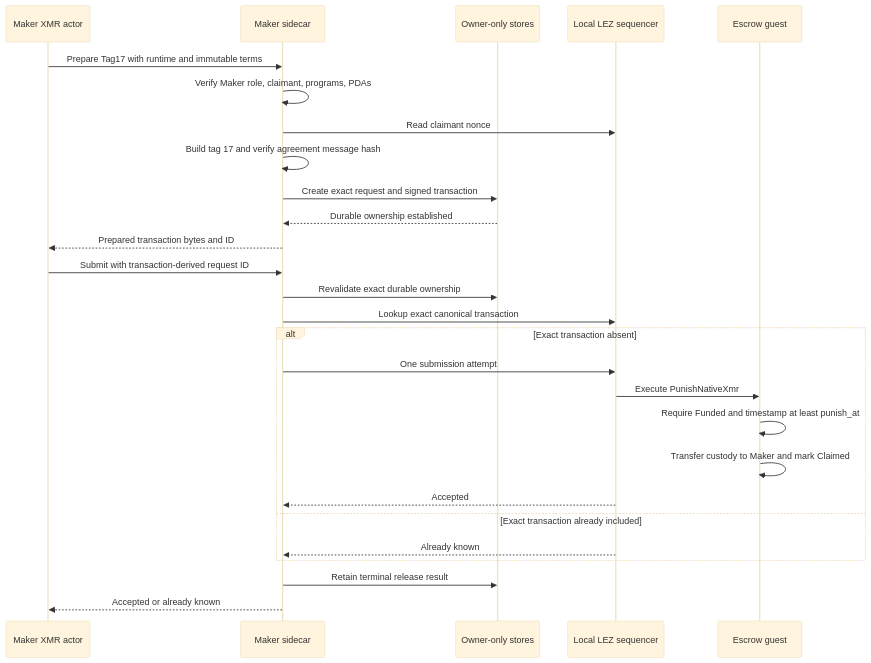
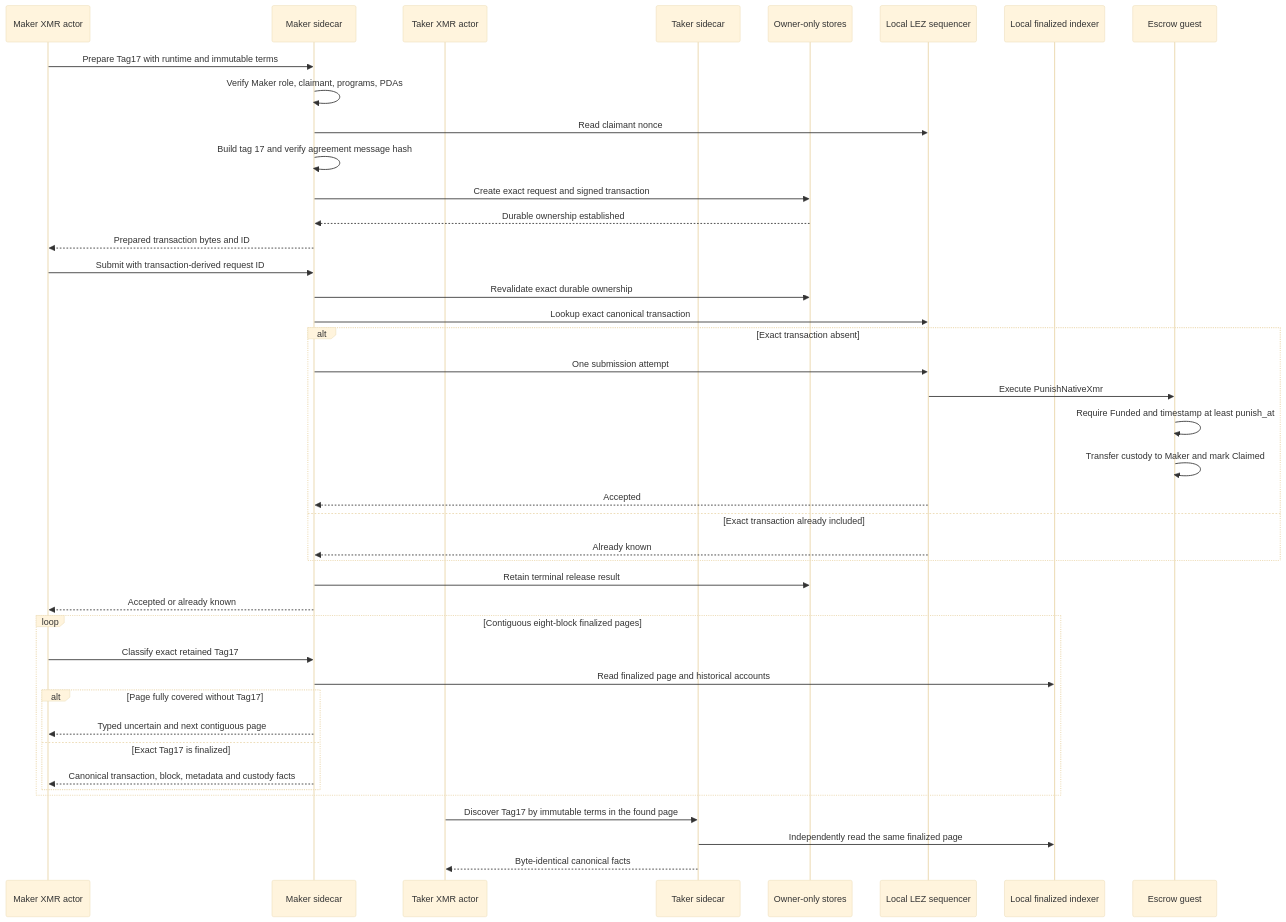
The second of 2 diagrams in docs/architecture/0158-prepare-and-release-tag17-once.md (gateway-fm/lez-atomic-swaps), drawn with Mermaid (base theme) before and after one commit. The commit also changed other lines of this file and 9 other files, not shown here.

Commit message:
fix(m7): classify finalized tag17 punishment

````diff
--- a/docs/architecture/0158-prepare-and-release-tag17-once.md
+++ b/docs/architecture/0158-prepare-and-release-tag17-once.md
@@ -57,29 +62,44 @@
 ```mermaid
 sequenceDiagram
     participant MakerActor as Maker XMR actor
     participant Sidecar as Maker sidecar
+    participant TakerActor as Taker XMR actor
+    participant TakerSidecar as Taker sidecar
     participant Store as Owner-only stores
     participant Node as Local LEZ sequencer
+    participant Indexer as Local finalized indexer
     participant Guest as Escrow guest
     MakerActor->>Sidecar: Prepare Tag17 with runtime and immutable terms
     Sidecar->>Sidecar: Verify Maker role, claimant, programs, PDAs
     Sidecar->>Node: Read claimant nonce
     Sidecar->>Sidecar: Build tag 17 and verify agreement message hash
     Sidecar->>Store: Create exact request and signed transaction
     Store-->>Sidecar: Durable ownership established
     Sidecar-->>MakerActor: Prepared transaction bytes and ID
     MakerActor->>Sidecar: Submit with transaction-derived request ID
     Sidecar->>Store: Revalidate exact durable ownership
     Sidecar->>Node: Lookup exact canonical transaction
     alt Exact transaction absent
         Sidecar->>Node: One submission attempt
         Node->>Guest: Execute PunishNativeXmr
         Guest->>Guest: Require Funded and timestamp at least punish_at
         Guest->>Guest: Transfer custody to Maker and mark Claimed
         Node-->>Sidecar: Accepted
     else Exact transaction already included
         Node-->>Sidecar: Already known
     end
     Sidecar->>Store: Retain terminal release result
     Sidecar-->>MakerActor: Accepted or already known
+    loop Contiguous eight-block finalized pages
+        MakerActor->>Sidecar: Classify exact retained Tag17
+        Sidecar->>Indexer: Read finalized page and historical accounts
+        alt Page fully covered without Tag17
+            Sidecar-->>MakerActor: Typed uncertain and next contiguous page
+        else Exact Tag17 is finalized
+            Sidecar-->>MakerActor: Canonical transaction, block, metadata and custody facts
+        end
+    end
+    TakerActor->>TakerSidecar: Discover Tag17 by immutable terms in the found page
+    TakerSidecar->>Indexer: Independently read the same finalized page
+    TakerSidecar-->>TakerActor: Byte-identical canonical facts
 ```
````
